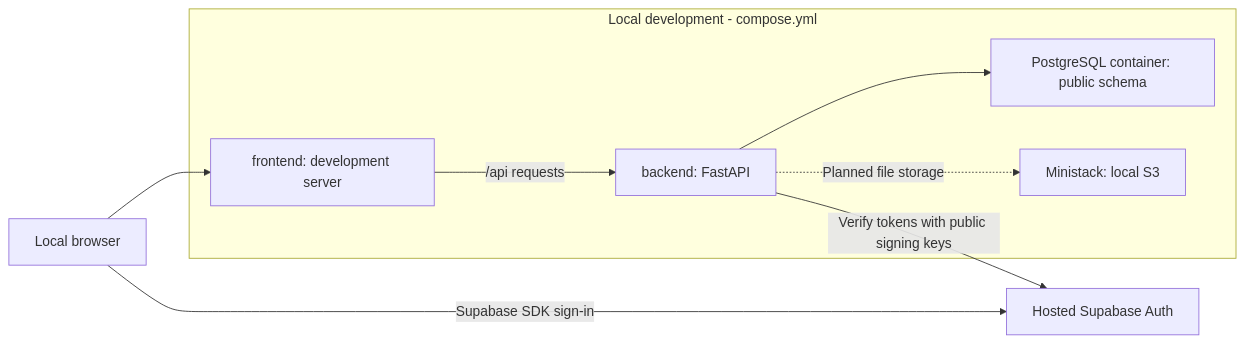
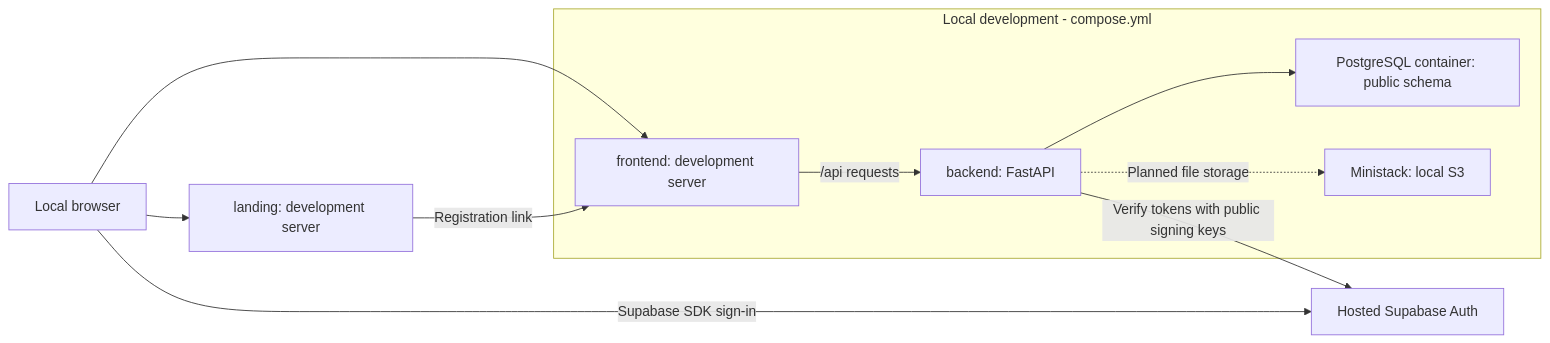
One commit to karlbruder/karlbruder_monorepo changed the first of 2 diagrams in specs/architecture.md. Above: the diagram before and after it, drawn with Mermaid. The commit also changed other lines of this file and 18 other files, not shown here.

First line of the commit message:
chore(docker): run the landing site in local Compose

````diff
--- a/specs/architecture.md
+++ b/specs/architecture.md
@@ -28,11 +28,13 @@
 ```mermaid
 flowchart LR
-    Browser["Local browser"] --> Frontend
+    Browser["Local browser"] --> Landing["landing: development server"]
+    Browser --> Frontend
+    Landing -->|Registration link| Frontend
     subgraph Local["Local development - compose.yml"]
         Frontend["frontend: development server"] -->|/api requests| Backend["backend: FastAPI"]
         Backend --> Database["PostgreSQL container: public schema"]
         Backend -. Planned file storage .-> Storage["Ministack: local S3"]
     end
     Browser -->|Supabase SDK sign-in| Auth["Hosted Supabase Auth"]
     Backend -->|Verify tokens with public signing keys| Auth
 ```
````
